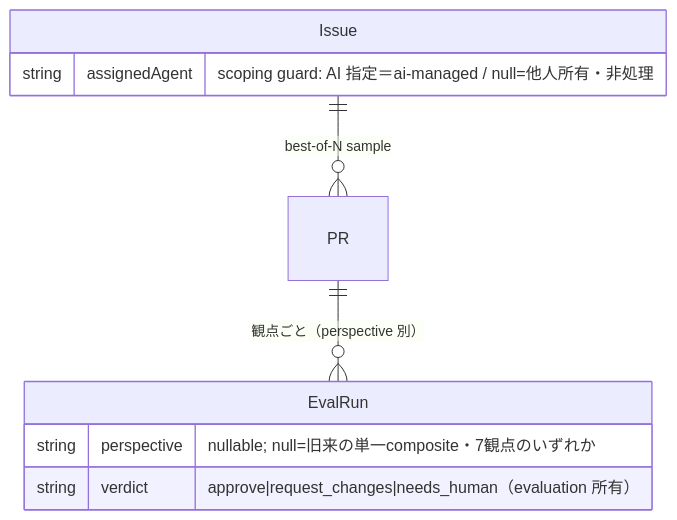
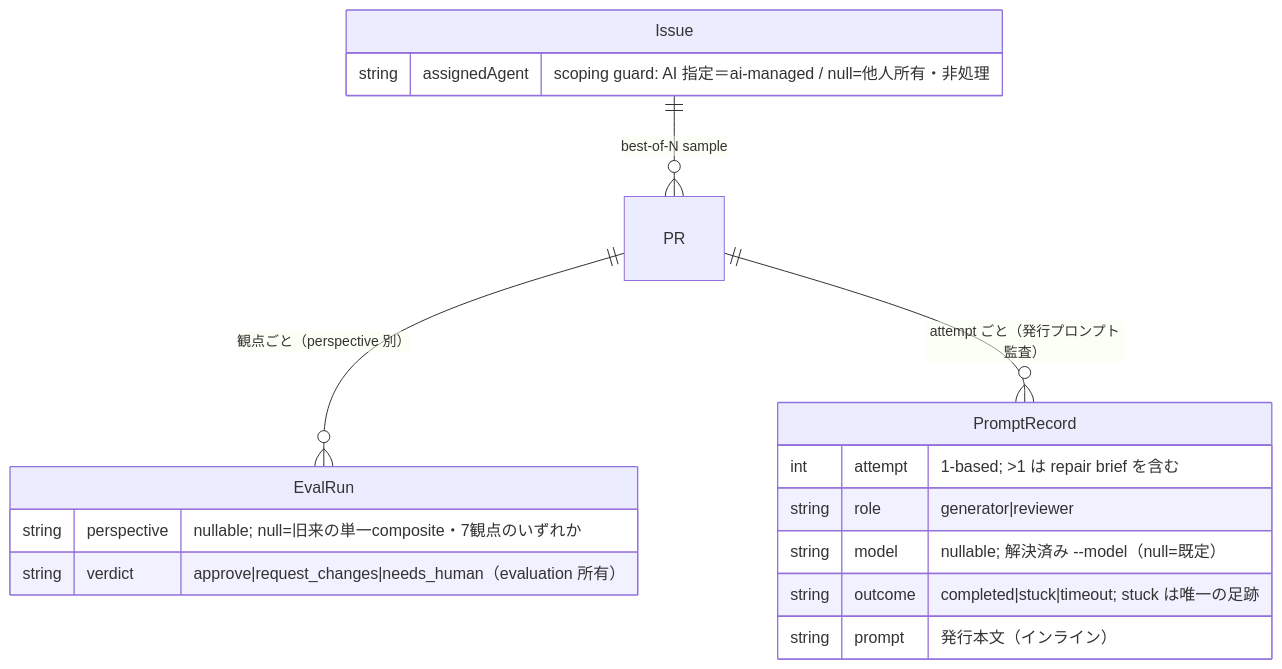
The diagram in docs/specs/_system/execution/data-model.md (mrbaron3/workflow), drawn with Mermaid before and after one commit. The commit also changed other lines of this file and 5 other files, not shown here.

````diff
--- a/docs/specs/_system/execution/data-model.md
+++ b/docs/specs/_system/execution/data-model.md
@@ -25,12 +30,20 @@
 ```mermaid
 erDiagram
   Issue ||--o{ PR : "best-of-N sample"
   PR ||--o{ EvalRun : "観点ごと（perspective 別）"
+  PR ||--o{ PromptRecord : "attempt ごと（発行プロンプト監査）"
   EvalRun {
     string perspective "nullable; null=旧来の単一composite・7観点のいずれか"
     string verdict "approve|request_changes|needs_human（evaluation 所有）"
+  }
+  PromptRecord {
+    int attempt "1-based; >1 は repair brief を含む"
+    string role "generator|reviewer"
+    string model "nullable; 解決済み --model（null=既定）"
+    string outcome "completed|stuck|timeout; stuck は唯一の足跡"
+    string prompt "発行本文（インライン）"
   }
   Issue {
     string assignedAgent "scoping guard: AI 指定＝ai-managed / null=他人所有・非処理"
   }
 ```
````
